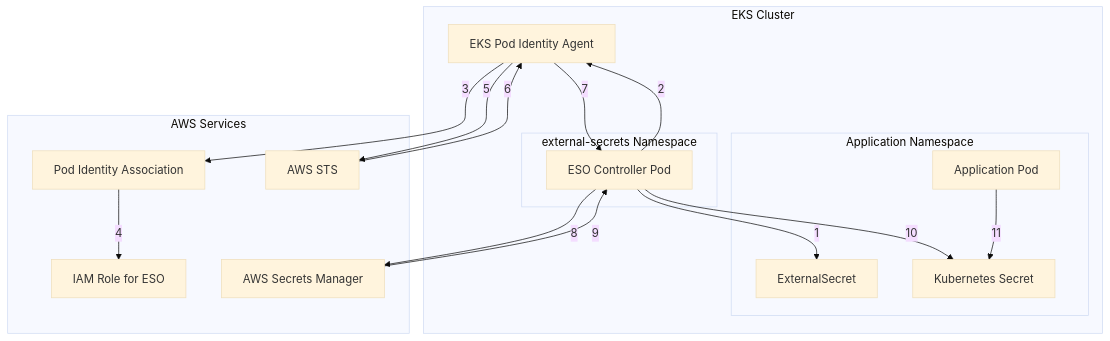
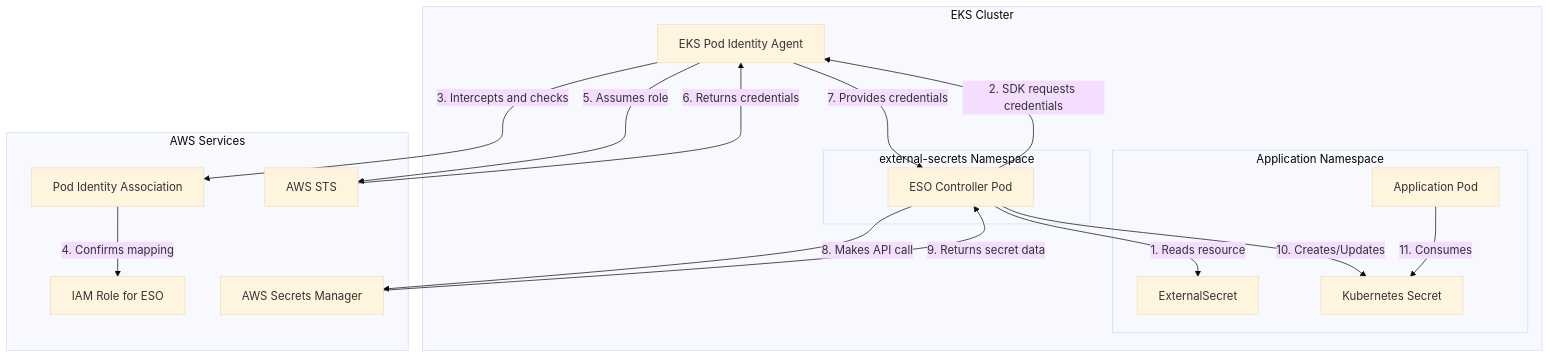
The diagram in eso_with_eks_pod_identity.md (dharani-sowndharya/architecture-learnings), drawn with Mermaid (base theme) before and after one commit.

Commit message:
Edits mermaid

````diff
--- a/eso_with_eks_pod_identity.md
+++ b/eso_with_eks_pod_identity.md
@@ -19,33 +19,33 @@
 ```mermaid
 graph TD
     subgraph EKS["EKS Cluster"]
         PIA[EKS Pod Identity Agent]
         subgraph ESNs["external-secrets Namespace"]
             ESO[ESO Controller Pod]
         end
         subgraph AppNs["Application Namespace"]
             ES[ExternalSecret]
             K8sSecret[Kubernetes Secret]
             AppPod[Application Pod]
         end
     end
     
     subgraph AWS["AWS Services"]
         PIAS[Pod Identity Association]
         IAMRole[IAM Role for ESO]
         STS[AWS STS]
         SecretASM[AWS Secrets Manager]
     end
 
-    ESO -->|1| ES
-    ESO -->|2| PIA
-    PIA -->|3| PIAS
-    PIAS -->|4| IAMRole
-    PIA -->|5| STS
-    STS -->|6| PIA
-    PIA -->|7| ESO
-    ESO -->|8| SecretASM
-    SecretASM -->|9| ESO
-    ESO -->|10| K8sSecret
-    AppPod -->|11| K8sSecret
+    ESO -->|1. Reads resource| ES
+    ESO -->|2. SDK requests credentials| PIA
+    PIA -->|3. Intercepts and checks| PIAS
+    PIAS -->|4. Confirms mapping| IAMRole
+    PIA -->|5. Assumes role| STS
+    STS -->|6. Returns credentials| PIA
+    PIA -->|7. Provides credentials| ESO
+    ESO -->|8. Makes API call| SecretASM
+    SecretASM -->|9. Returns secret data| ESO
+    ESO -->|10. Creates/Updates| K8sSecret
+    AppPod -->|11. Consumes| K8sSecret
 ```
````
